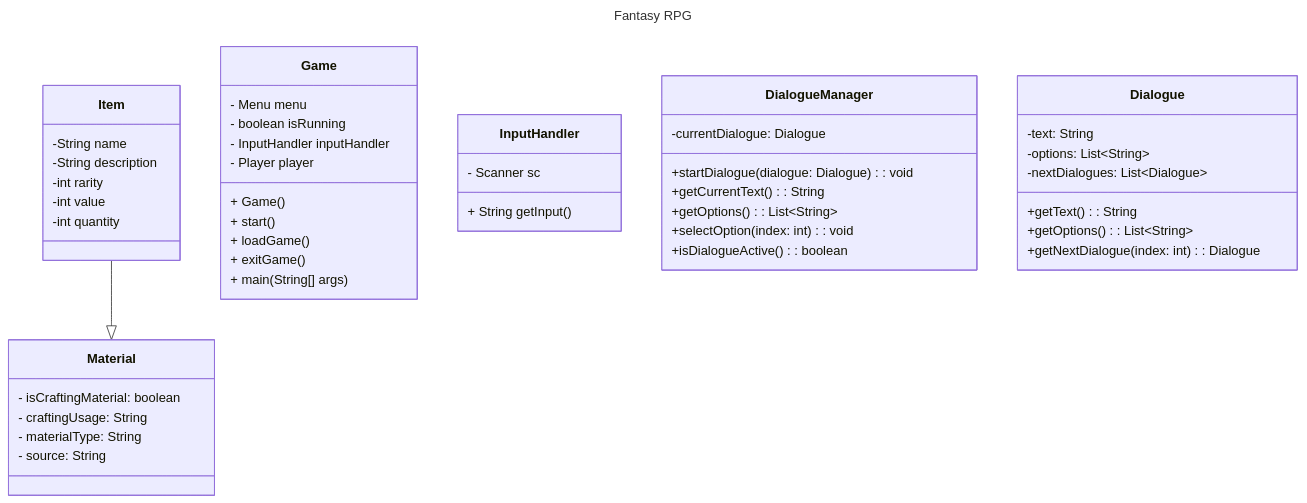
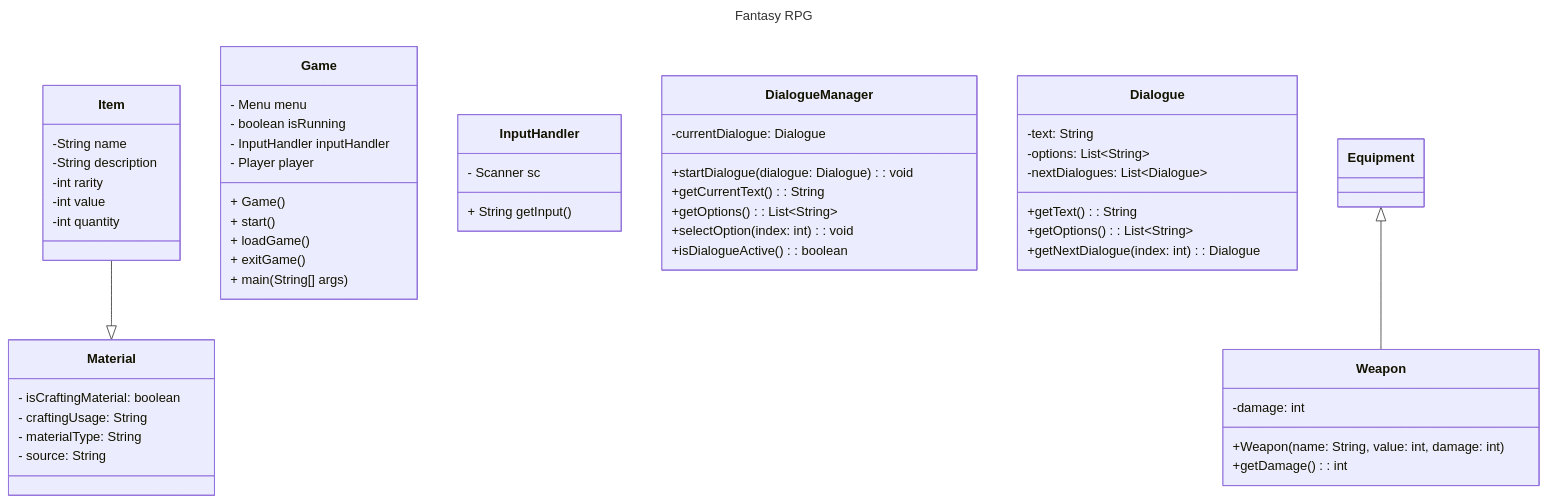
One commit to pacalso-jjc/2425-2nd-cc3-1b-rpg changed the diagram in wiki/Class-Diagram.md. Above: the diagram before and after it, drawn with Mermaid.

Commit message:
Added Weapon class diagram

````diff
--- a/wiki/Class-Diagram.md
+++ b/wiki/Class-Diagram.md
@@ -1,56 +1,63 @@
 ```mermaid
 ---
 title: Fantasy RPG
 ---
 classDiagram
     Item --|> Material
     class Material {
         - isCraftingMaterial: boolean
         - craftingUsage: String
         - materialType: String
         - source: String
     }
 
     class Item{
         -String name
         -String description
         -int rarity
         -int value
         -int quantity
     }
 
     class Game{
         - Menu menu
         - boolean isRunning
         - InputHandler inputHandler
         - Player player
         + Game()
         + start()
         + loadGame()
         + exitGame()
         + main(String[] args)
     }
 
     class InputHandler{
         - Scanner sc
         + String getInput()
     }
 
     class DialogueManager {
         -currentDialogue: Dialogue
         +startDialogue(dialogue: Dialogue): void
         +getCurrentText(): String
         +getOptions(): List~String~
         +selectOption(index: int): void
         +isDialogueActive(): boolean
     } 
 
     class Dialogue {
         -text: String
         -options: List~String~
         -nextDialogues: List~Dialogue~
         +getText(): String
         +getOptions(): List~String~
         +getNextDialogue(index: int): Dialogue
     }
+
+    Equipment <|-- Weapon
+    class Weapon {
+        -damage: int
+        +Weapon(name: String, value: int, damage: int)
+        +getDamage(): int
+    }
 ```
````
